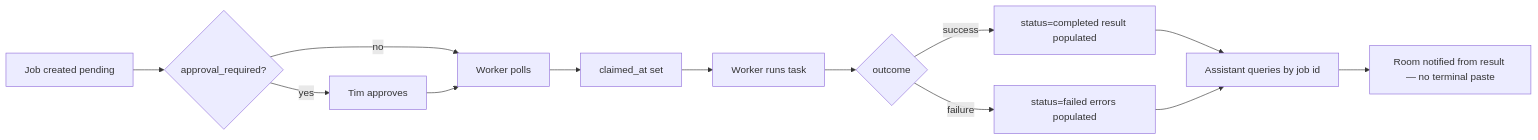
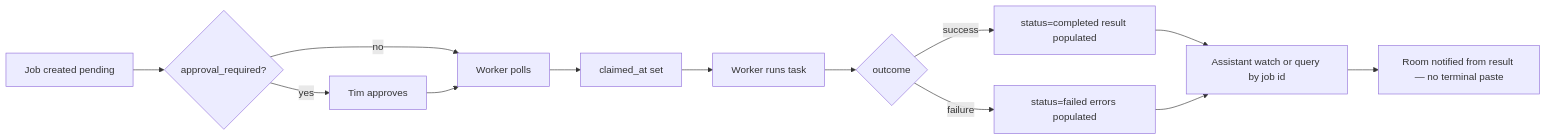
Before and after one commit to timl0413-cloud/JuOS-Agent: the diagram in docs/command-channel/no-paste-worker-loop-v0.md, drawn with Mermaid. The commit also changed other lines of this file and 12 other files, not shown here.

````diff
--- a/docs/command-channel/no-paste-worker-loop-v0.md
+++ b/docs/command-channel/no-paste-worker-loop-v0.md
@@ -21,15 +22,15 @@
 ```mermaid
 flowchart LR
   A[Job created pending] --> B{approval_required?}
   B -->|yes| C[Tim approves]
   B -->|no| D[Worker polls]
   C --> D
   D --> E[claimed_at set]
   E --> F[Worker runs task]
   F --> G{outcome}
   G -->|success| H[status=completed result populated]
   G -->|failure| I[status=failed errors populated]
-  H --> J[Assistant queries by job id]
+  H --> J[Assistant watch or query by job id]
   I --> J
   J --> K[Room notified from result — no terminal paste]
 ```
````
